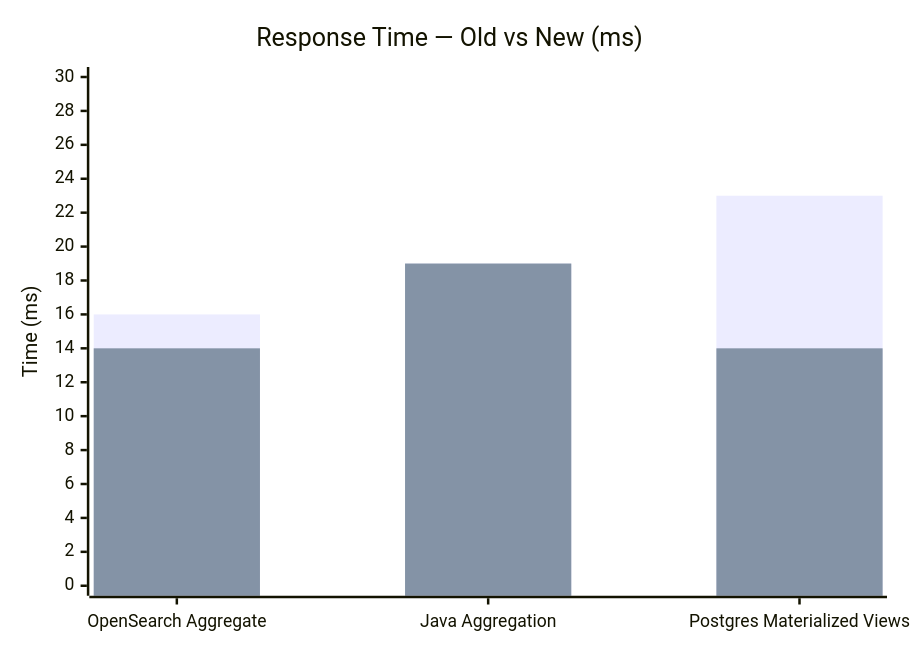
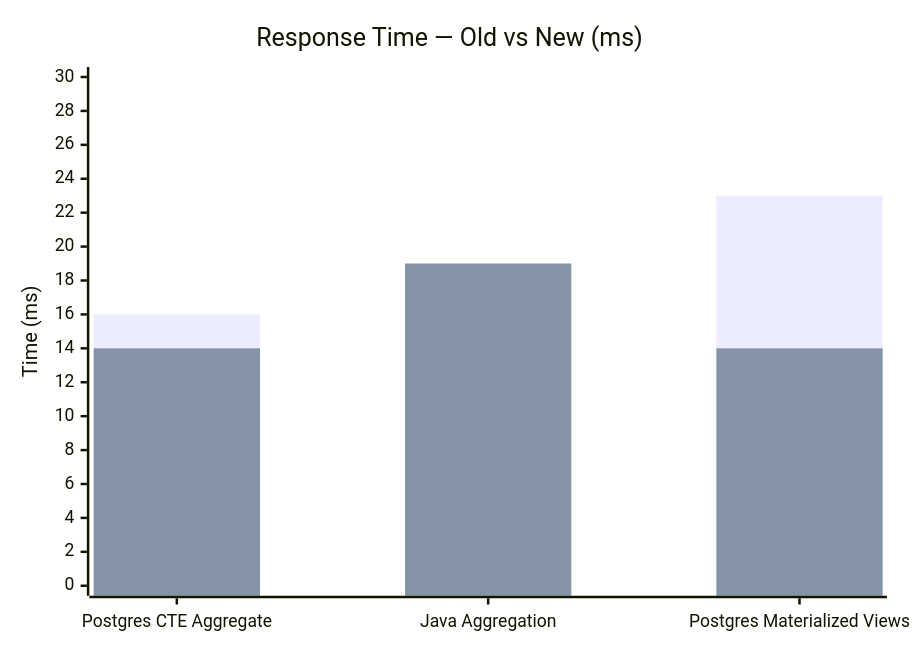
The first of 2 diagrams in docs/performance-comparison.md (santhoshkumar-nk/openSearchToPostGres-poc), drawn with Mermaid before and after one commit. The commit also changed other lines of this file and 2 other files, not shown here.

````diff
--- a/docs/performance-comparison.md
+++ b/docs/performance-comparison.md
@@ -23,8 +23,8 @@
 ```mermaid
 xychart-beta
     title "Response Time — Old vs New (ms)"
-    x-axis ["OpenSearch Aggregate", "Java Aggregation", "Postgres Materialized Views"]
+    x-axis ["Postgres CTE Aggregate", "Java Aggregation", "Postgres Materialized Views"]
     y-axis "Time (ms)" 0 --> 30
     bar "Old" [16, 19, 23]
     bar "New" [14, 19, 14]
 ```
````
